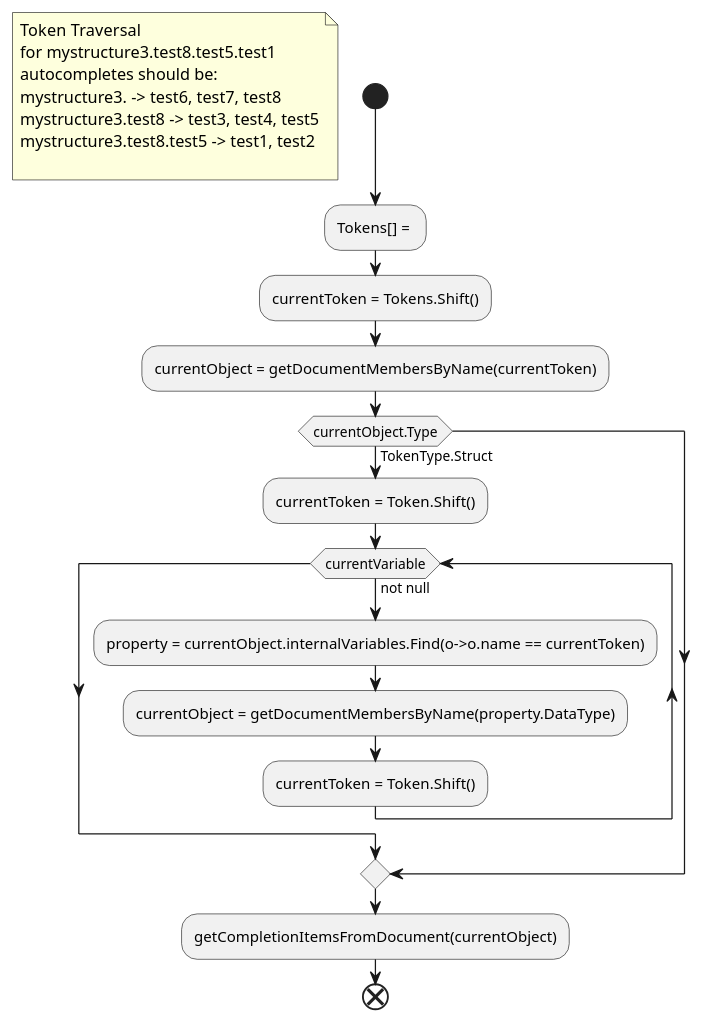
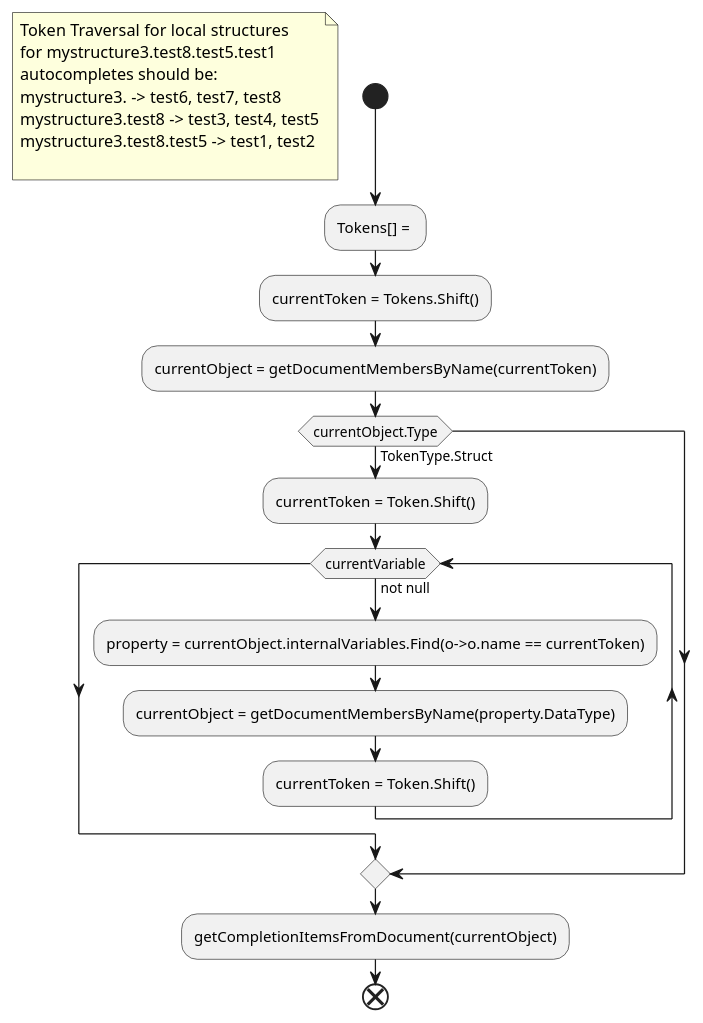
The third of 4 diagrams in UML/AutoComplete/StructureTokenTraversal.puml (alvaroyurrita/vscode-crestron-splus), drawn with PlantUML before and after one commit. The commit also changed other lines of this file and 5 other files, not shown here.

```diff
--- a/UML/AutoComplete/StructureTokenTraversal.puml
+++ b/UML/AutoComplete/StructureTokenTraversal.puml
@@ -111,28 +111,28 @@
 @startuml
 start
 floating note left
-Token Traversal
+Token Traversal for local structures
 for mystructure3.test8.test5.test1
 autocompletes should be:
 mystructure3. -> test6, test7, test8
 mystructure3.test8 -> test3, test4, test5
 mystructure3.test8.test5 -> test1, test2
 
 end note
 :Tokens[] = ;
 :currentToken = Tokens.Shift();
 :currentObject = getDocumentMembersByName(currentToken);
 if (currentObject.Type) then (TokenType.Struct)
     :currentToken = Token.Shift();
     while (currentVariable) is (not null);
         :property = currentObject.internalVariables.Find(o->o.name == currentToken);
         :currentObject = getDocumentMembersByName(property.DataType);
         :currentToken = Token.Shift();
     endwhile
 endif
 :getCompletionItemsFromDocument(currentObject);
 
 end
 
 
 @enduml
```
